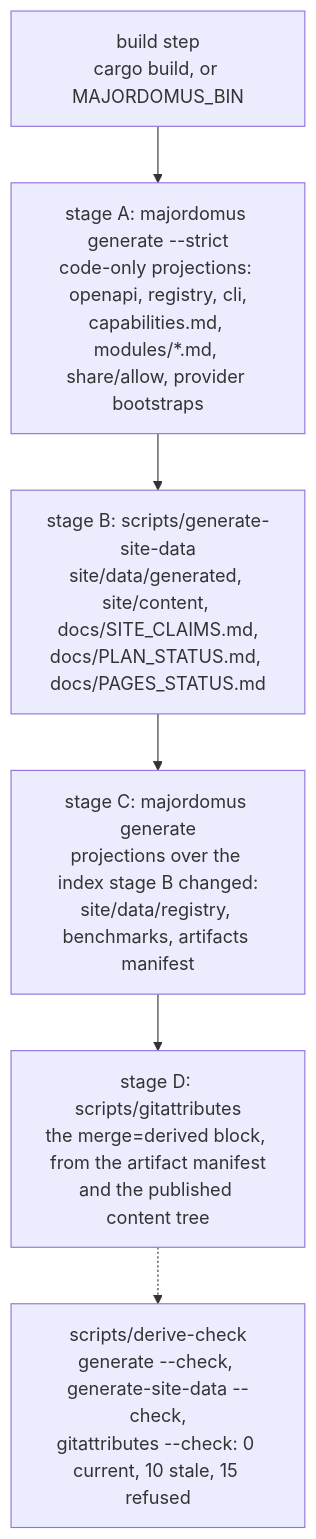
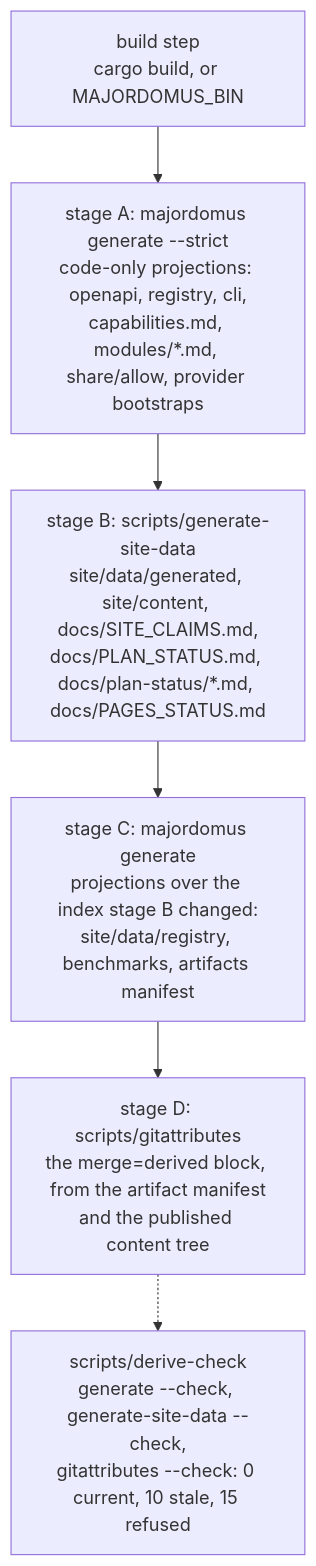
The second of 6 diagrams in docs/SURFACES.md (korczis/prismatic-majordomus), drawn with Mermaid before and after one commit. The commit also changed 155 other files, not shown here.

First line of the commit message:
feat(derive): the plan status is a page per milestone under the index limit (I4512)

````diff
--- a/docs/SURFACES.md
+++ b/docs/SURFACES.md
@@ -357,11 +357,11 @@
 ```mermaid
 flowchart TD
   build["build step<br>cargo build, or MAJORDOMUS_BIN"]
   a["stage A: majordomus generate --strict<br>code-only projections: openapi, registry, cli,<br>capabilities.md, modules/*.md, share/allow, provider bootstraps"]
-  b["stage B: scripts/generate-site-data<br>site/data/generated, site/content, docs/SITE_CLAIMS.md,<br>docs/PLAN_STATUS.md, docs/PAGES_STATUS.md"]
+  b["stage B: scripts/generate-site-data<br>site/data/generated, site/content, docs/SITE_CLAIMS.md,<br>docs/PLAN_STATUS.md, docs/plan-status/*.md, docs/PAGES_STATUS.md"]
   c["stage C: majordomus generate<br>projections over the index stage B changed:<br>site/data/registry, benchmarks, artifacts manifest"]
   d["stage D: scripts/gitattributes<br>the merge=derived block, from the artifact manifest<br>and the published content tree"]
   check["scripts/derive-check<br>generate --check, generate-site-data --check,<br>gitattributes --check: 0 current, 10 stale, 15 refused"]
   build --> a --> b --> c --> d
   d -.-> check
 ```
````
